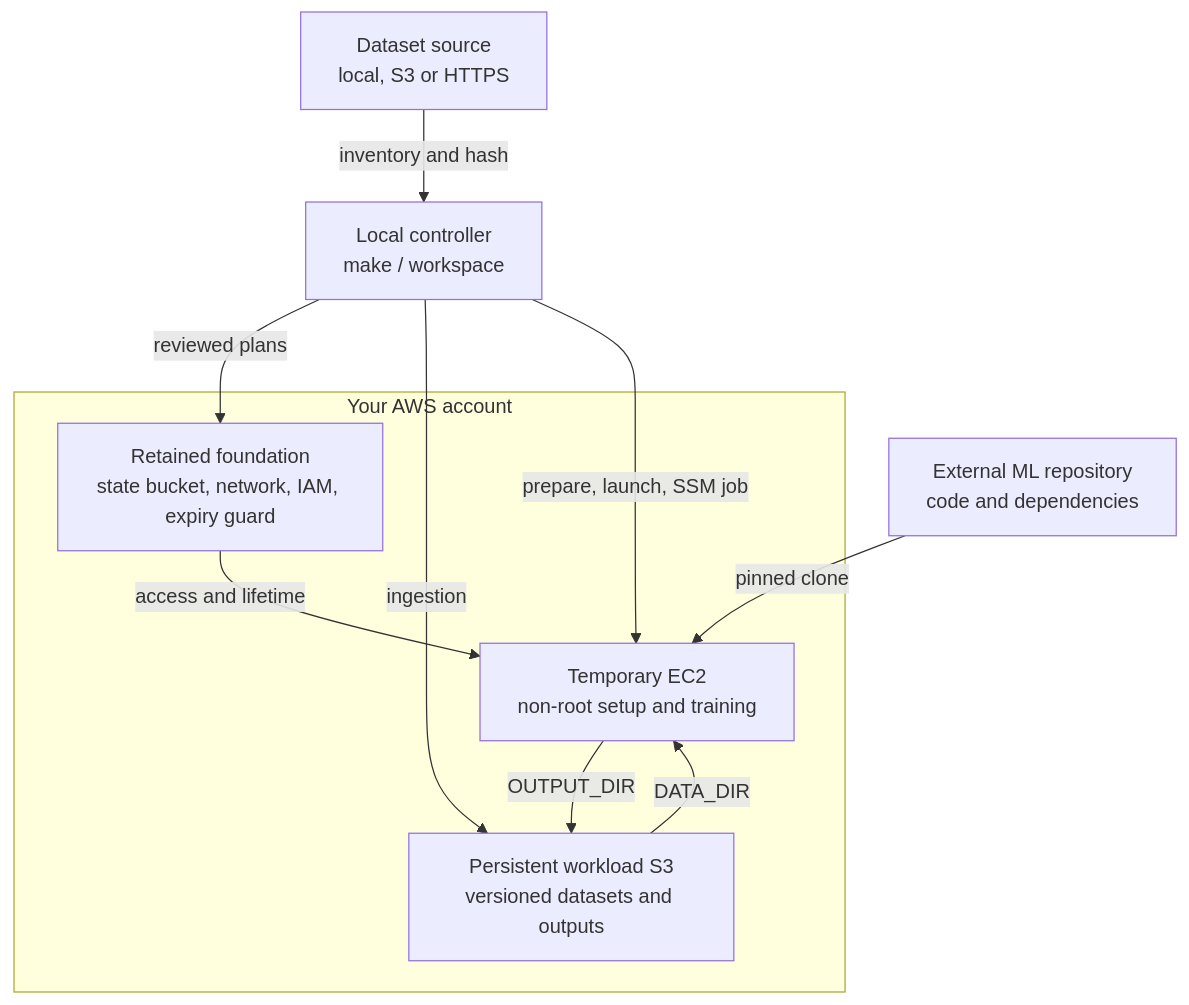
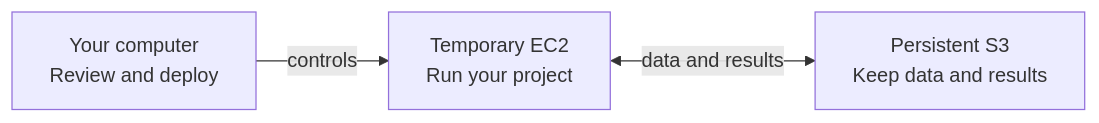
Before and after one commit to Bboissen/ml-deployer: the first of 2 diagrams in README.md, drawn with Mermaid. The commit also changed other lines of this file, not shown here.

Commit message:
docs: separate architecture overview from deployment details

````diff
--- a/README.md
+++ b/README.md
@@ -67,16 +67,5 @@
 ```mermaid
-flowchart TD
-    source["Dataset source<br/>local, S3 or HTTPS"] -->|inventory and hash| controller["Local controller<br/>make / workspace"]
-    subgraph aws["Your AWS account"]
-        platform["Retained foundation<br/>state bucket, network, IAM, expiry guard"]
-        compute["Temporary EC2<br/>non-root setup and training"]
-        storage["Persistent workload S3<br/>versioned datasets and outputs"]
-        platform -->|access and lifetime| compute
-        storage -->|DATA_DIR| compute
-        compute -->|OUTPUT_DIR| storage
-    end
-    controller -->|reviewed plans| platform
-    controller -->|ingestion| storage
-    controller -->|prepare, launch, SSM job| compute
-    github["External ML repository<br/>code and dependencies"] -->|pinned clone| compute
+flowchart LR
+    local["Your computer<br/>Review and deploy"] -->|controls| compute["Temporary EC2<br/>Run your project"]
+    compute <-->|data and results| storage["Persistent S3<br/>Keep data and results"]
 ```
````
